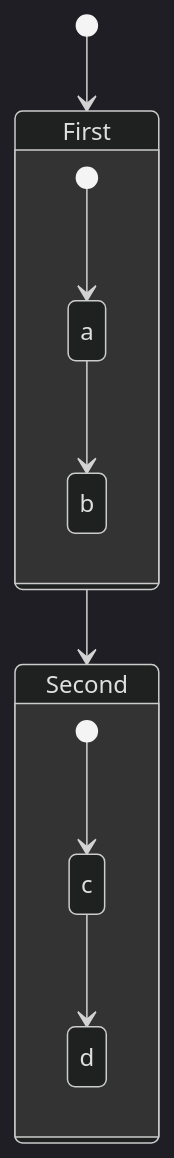
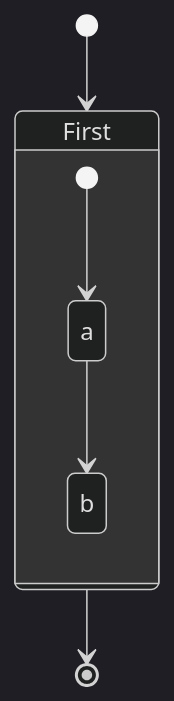
One commit to rp1-run/rp1 changed diagram 15 of 38 in plugins/base/skills/mermaid/reference.md. Above: the diagram before and after it, drawn with Mermaid (dark theme). The commit also changed other lines of this file and 7 other files, not shown here.

Commit message:
feat: add a better mermaid repair skill

````diff
--- a/plugins/base/skills/mermaid/reference.md
+++ b/plugins/base/skills/mermaid/reference.md
@@ -201,16 +240,9 @@
 ```mermaid
 stateDiagram-v2
     [*] --> First
-
     state First {
         [*] --> a
         a --> b
     }
-
-    First --> Second
-
-    state Second {
-        [*] --> c
-        c --> d
-    }
+    First --> [*]
 ```
````
